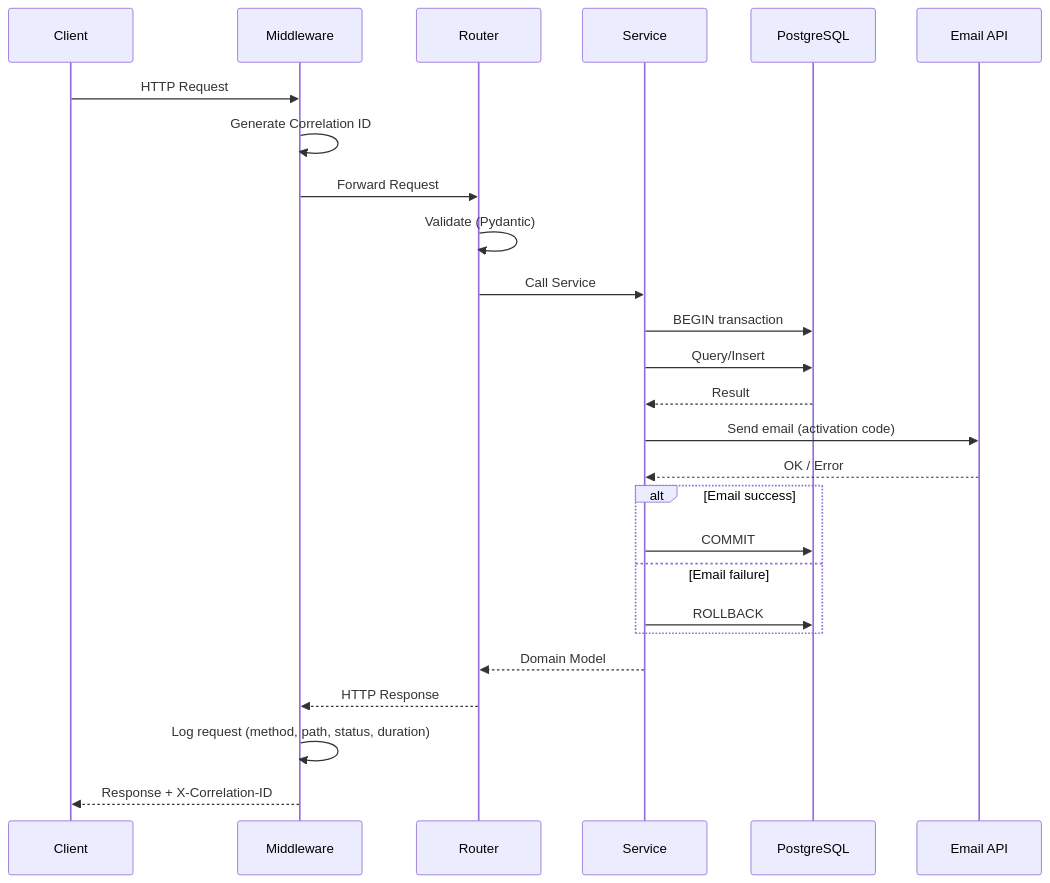
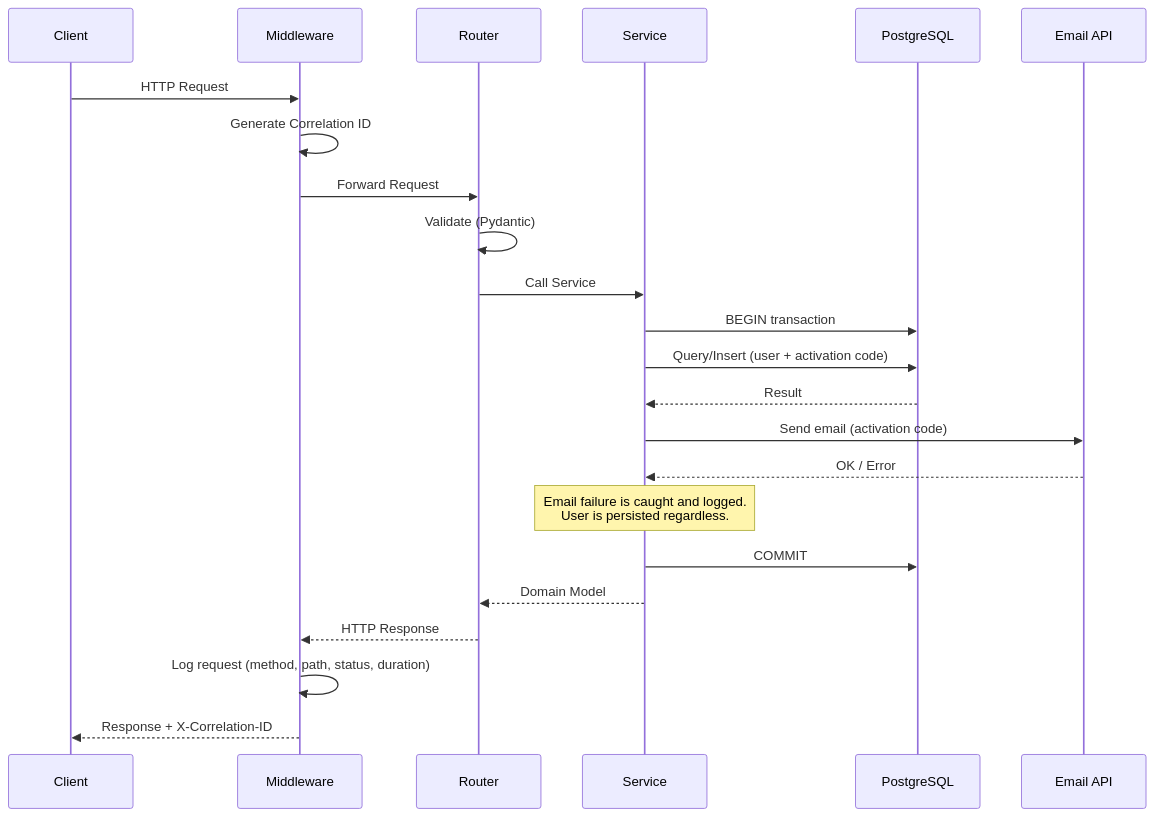
Before and after one commit to ldelahaye/user_regitration_api: the second of 2 diagrams in ARCHITECTURE.md, drawn with Mermaid. The commit also changed other lines of this file and 6 other files, not shown here.

First line of the commit message:
docs: update README, architecture docs, and remove implementation plan

````diff
--- a/ARCHITECTURE.md
+++ b/ARCHITECTURE.md
@@ -65,29 +65,26 @@
 ```mermaid
 sequenceDiagram
     participant C as Client
     participant M as Middleware
     participant R as Router
     participant S as Service
     participant DB as PostgreSQL
     participant E as Email API
 
     C->>M: HTTP Request
     M->>M: Generate Correlation ID
     M->>R: Forward Request
     R->>R: Validate (Pydantic)
     R->>S: Call Service
     S->>DB: BEGIN transaction
-    S->>DB: Query/Insert
+    S->>DB: Query/Insert (user + activation code)
     DB-->>S: Result
     S->>E: Send email (activation code)
     E-->>S: OK / Error
-    alt Email success
-        S->>DB: COMMIT
-    else Email failure
-        S->>DB: ROLLBACK
-    end
+    Note over S: Email failure is caught and logged.<br/>User is persisted regardless.
+    S->>DB: COMMIT
     S-->>R: Domain Model
     R-->>M: HTTP Response
     M->>M: Log request (method, path, status, duration)
     M-->>C: Response + X-Correlation-ID
 ```
````
